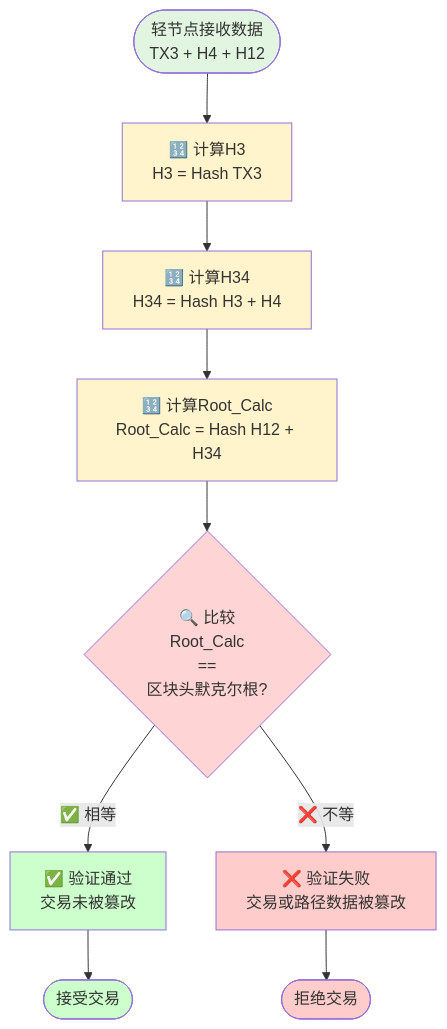
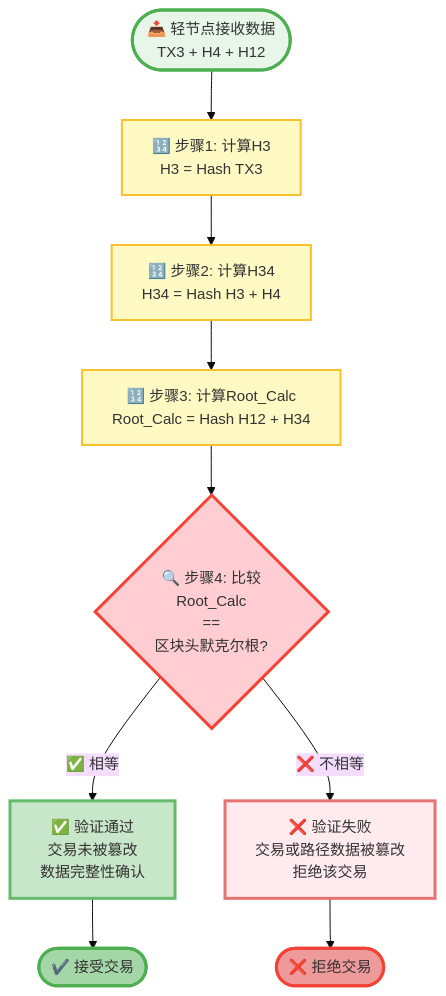
The fourth of 4 diagrams in posts/block-chain.md (Ben-artist/blog), drawn with Mermaid before and after one commit. The commit also changed other lines of this file and 4 other files, not shown here.

Commit message:
Redesign Mermaid flowcharts with better layout and styling

````diff
--- a/posts/block-chain.md
+++ b/posts/block-chain.md
@@ -490,21 +491,22 @@
 ```mermaid
+%%{init: {'theme':'base', 'themeVariables': { 'fontSize':'15px'}}}%%
 flowchart TD
-    Start([轻节点接收数据<br/>TX3 + H4 + H12]) --> Step1[🔢 计算H3<br/>H3 = Hash TX3]
-    Step1 --> Step2[🔢 计算H34<br/>H34 = Hash H3 + H4]
-    Step2 --> Step3[🔢 计算Root_Calc<br/>Root_Calc = Hash H12 + H34]
-    Step3 --> Compare{🔍 比较<br/>Root_Calc<br/>==<br/>区块头默克尔根?}
-    Compare -->|✅ 相等| Valid[✅ 验证通过<br/>交易未被篡改]
-    Compare -->|❌ 不等| Invalid[❌ 验证失败<br/>交易或路径数据被篡改]
-    Valid --> End1([接受交易])
-    Invalid --> End2([拒绝交易])
+    Receive([📥 轻节点接收数据<br/>TX3 + H4 + H12]) --> Calc1[🔢 步骤1: 计算H3<br/>H3 = Hash TX3]
+    Calc1 --> Calc2[🔢 步骤2: 计算H34<br/>H34 = Hash H3 + H4]
+    Calc2 --> Calc3[🔢 步骤3: 计算Root_Calc<br/>Root_Calc = Hash H12 + H34]
+    Calc3 --> Compare{🔍 步骤4: 比较<br/>Root_Calc<br/>==<br/>区块头默克尔根?}
+    Compare -->|✅ 相等| Valid[✅ 验证通过<br/>交易未被篡改<br/>数据完整性确认]
+    Compare -->|❌ 不相等| Invalid[❌ 验证失败<br/>交易或路径数据被篡改<br/>拒绝该交易]
+    Valid --> Accept([✔️ 接受交易])
+    Invalid --> Reject([❌ 拒绝交易])
     
-    style Start fill:#e1f5e1
-    style Step1 fill:#fff4cc
-    style Step2 fill:#fff4cc
-    style Step3 fill:#fff4cc
-    style Compare fill:#ffd4d4
-    style Valid fill:#ccffcc
-    style Invalid fill:#ffcccc
-    style End1 fill:#ccffcc
-    style End2 fill:#ffcccc
+    style Receive fill:#e8f5e9,stroke:#4caf50,stroke-width:3px
+    style Calc1 fill:#fff9c4,stroke:#fbc02d,stroke-width:2px
+    style Calc2 fill:#fff9c4,stroke:#fbc02d,stroke-width:2px
+    style Calc3 fill:#fff9c4,stroke:#fbc02d,stroke-width:2px
+    style Compare fill:#ffcdd2,stroke:#f44336,stroke-width:3px
+    style Valid fill:#c8e6c9,stroke:#66bb6a,stroke-width:3px
+    style Invalid fill:#ffebee,stroke:#e57373,stroke-width:3px
+    style Accept fill:#a5d6a7,stroke:#4caf50,stroke-width:3px
+    style Reject fill:#ef9a9a,stroke:#f44336,stroke-width:3px
 ```
````
